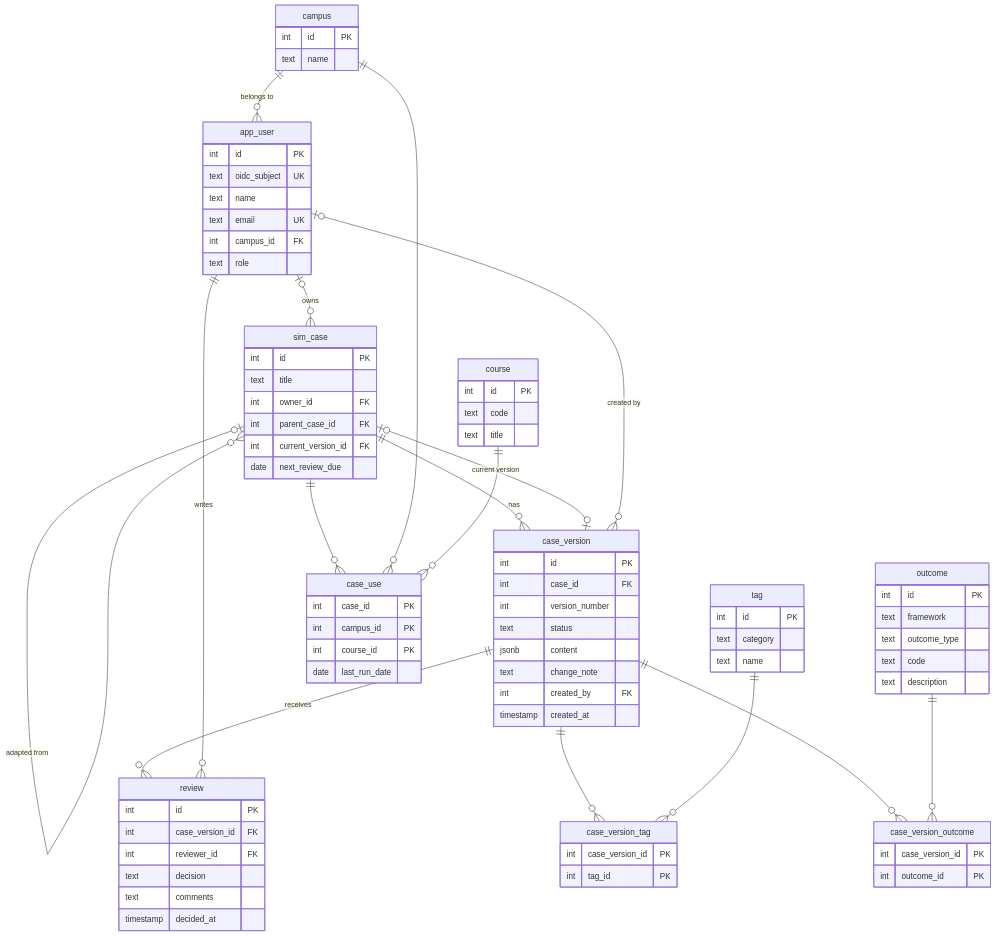
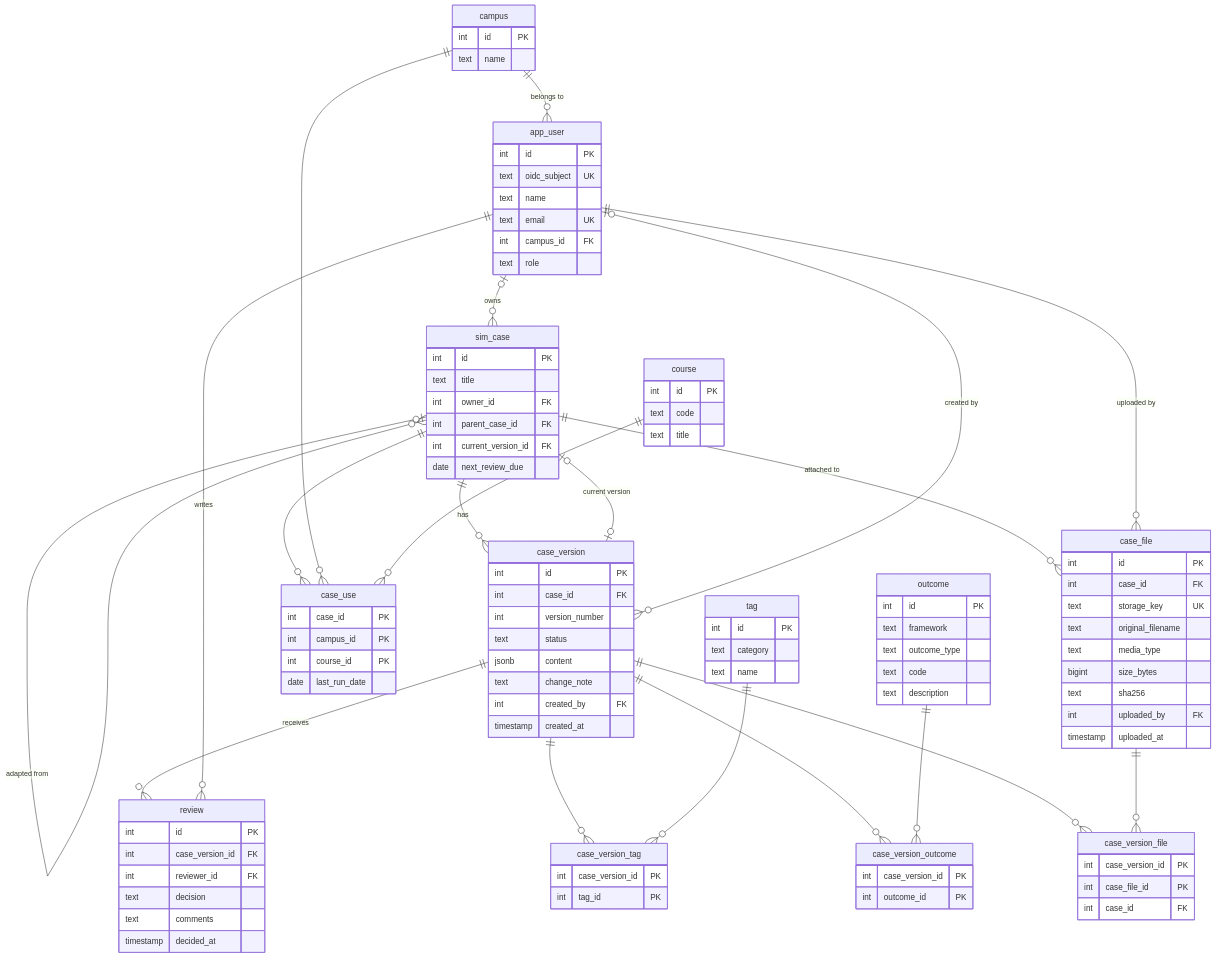
Before and after one commit to robekenn/OSU-Capstone-OHSU-Database: the diagram in docs/erd.md, drawn with Mermaid. The commit also changed 23 other files, not shown here.

````diff
--- a/docs/erd.md
+++ b/docs/erd.md
@@ -19,6 +19,10 @@
   sim_case ||--o{ case_use : ""
   campus ||--o{ case_use : ""
   course ||--o{ case_use : ""
+  sim_case ||--o{ case_file : "attached to"
+  app_user ||--o{ case_file : "uploaded by"
+  case_version ||--o{ case_version_file : ""
+  case_file ||--o{ case_version_file : ""
 
   campus {
     int id PK
@@ -89,4 +93,20 @@
     text comments
     timestamp decided_at
   }
+  case_file {
+    int id PK
+    int case_id FK
+    text storage_key UK
+    text original_filename
+    text media_type
+    bigint size_bytes
+    text sha256
+    int uploaded_by FK
+    timestamp uploaded_at
+  }
+  case_version_file {
+    int case_version_id PK
+    int case_file_id PK
+    int case_id FK
+  }
 ```
````
